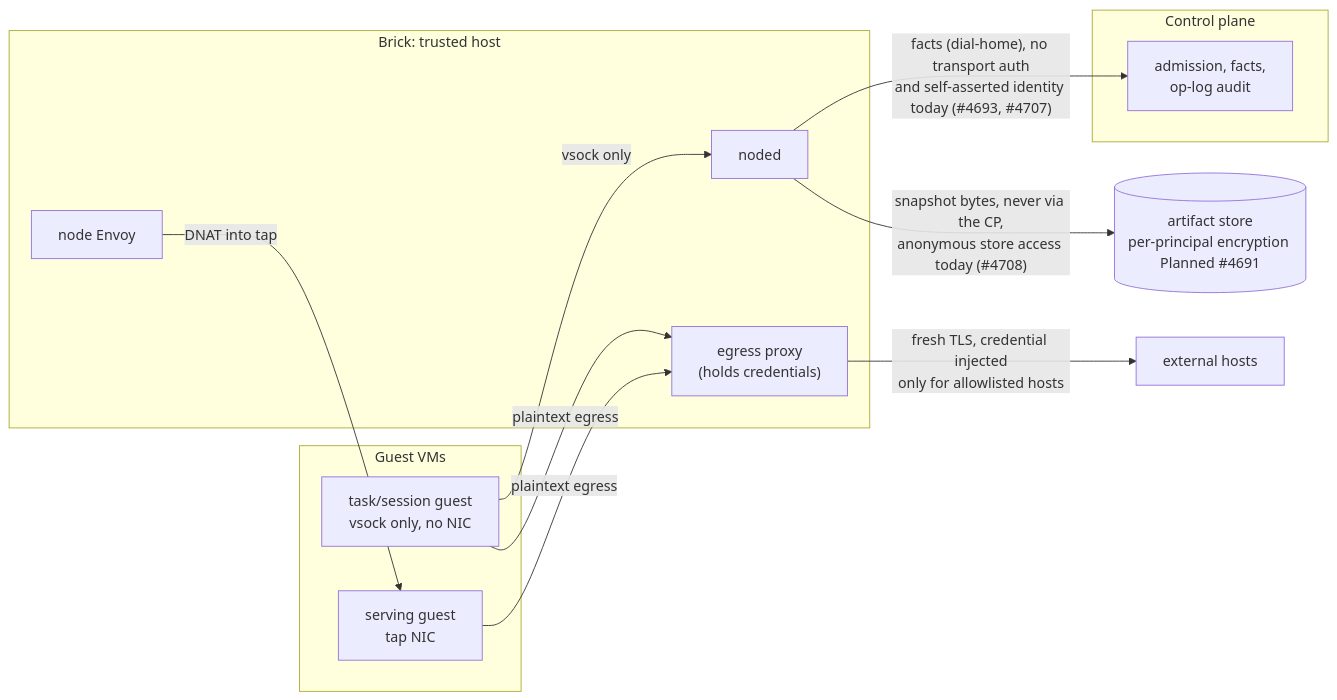
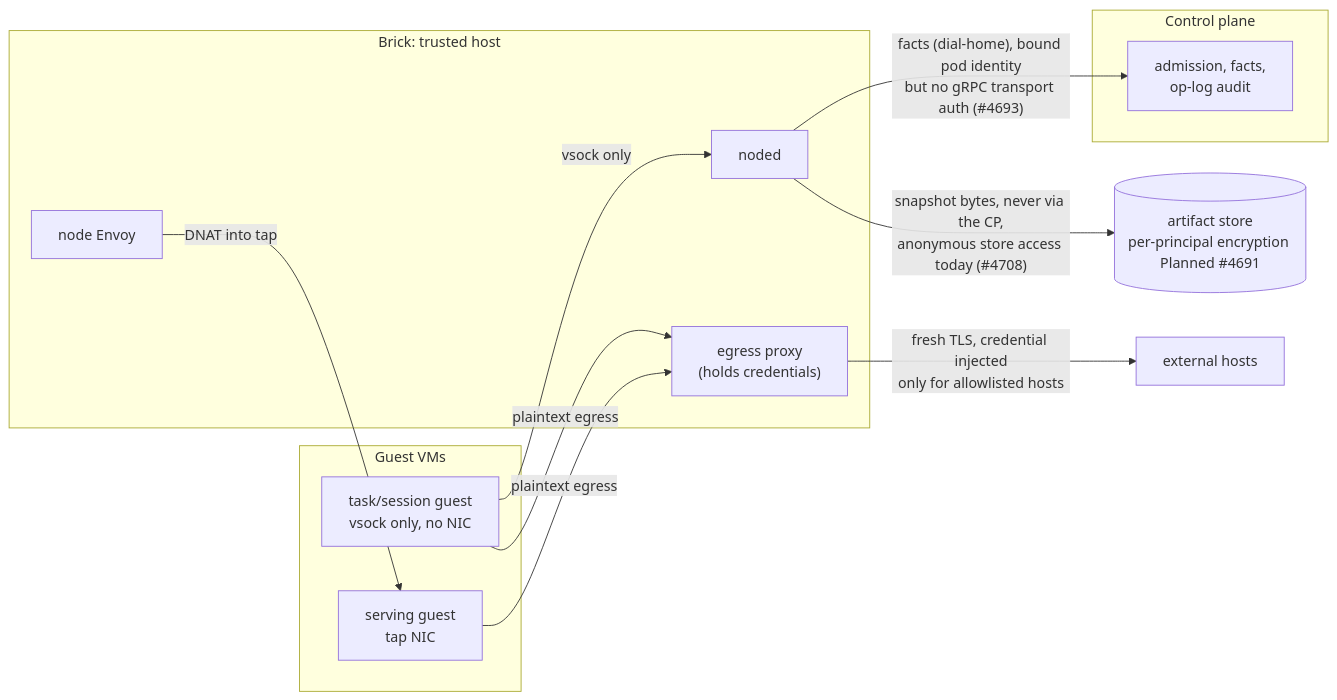
The sixth of 6 diagrams in projects/embervm/ARCHITECTURE.md (jomcgi-org/homelab), drawn with Mermaid before and after one commit. The commit also changed other lines of this file and 8 other files, not shown here.

First line of the commit message:
feat(embervm): bind dial-home registration identity to the brick's bound token

````diff
--- a/projects/embervm/ARCHITECTURE.md
+++ b/projects/embervm/ARCHITECTURE.md
@@ -758,25 +757,25 @@
 ```mermaid
 graph LR
     subgraph vm ["Guest VMs"]
         G1["task/session guest<br/>vsock only, no NIC"]
         G2["serving guest<br/>tap NIC"]
     end
     subgraph brick ["Brick: trusted host"]
         N["noded"]
         P["egress proxy<br/>(holds credentials)"]
         E["node Envoy"]
     end
     subgraph cp ["Control plane"]
         F["admission, facts,<br/>op-log audit"]
     end
     S[("artifact store<br/>per-principal encryption Planned #4691")]
     X["external hosts"]
 
     G1 -- "vsock only" --> N
     E -- "DNAT into tap" --> G2
     G1 -- "plaintext egress" --> P
     G2 -- "plaintext egress" --> P
     P -- "fresh TLS, credential injected<br/>only for allowlisted hosts" --> X
-    N -- "facts (dial-home), no transport auth<br/>and self-asserted identity today (#4693, #4707)" --> F
+    N -- "facts (dial-home), bound pod identity<br/>but no gRPC transport auth (#4693)" --> F
     N -- "snapshot bytes, never via the CP,<br/>anonymous store access today (#4708)" --> S
 ```
````
